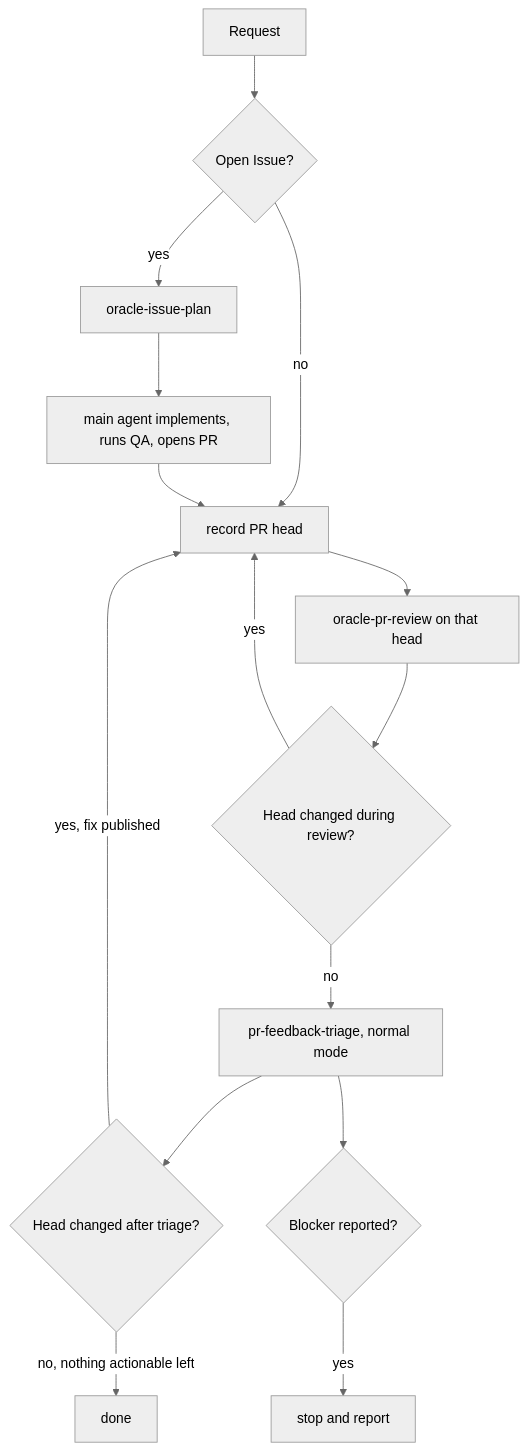
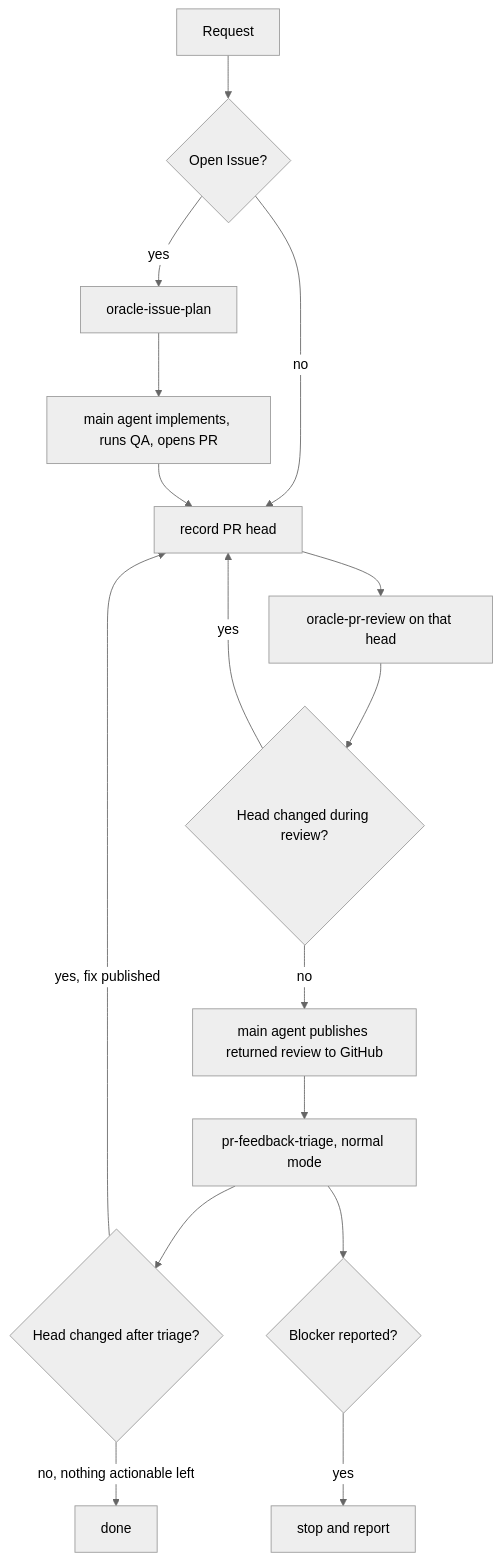
One commit to dceoy/oracle-pr-loop changed the diagram in skills/pr-review-loop/SKILL.md. Above: the diagram before and after it, drawn with Mermaid (neutral theme). The commit also changed other lines of this file, not shown here.

First line of the commit message:
Add explicit publication handoff before pr-feedback-triage

````diff
--- a/skills/pr-review-loop/SKILL.md
+++ b/skills/pr-review-loop/SKILL.md
@@ -66,16 +67,17 @@
 ```mermaid
 flowchart TD
   Request --> Issue{Open Issue?}
   Issue -->|yes| Plan[oracle-issue-plan] --> Implement[main agent implements, runs QA, opens PR]
   Issue -->|no| Head[record PR head]
   Implement --> Head
   Head --> Review[oracle-pr-review on that head]
   Review --> HeadMoved{Head changed during review?}
   HeadMoved -->|yes| Head
-  HeadMoved -->|no| Triage[pr-feedback-triage, normal mode]
+  HeadMoved -->|no| Publish[main agent publishes returned review to GitHub]
+  Publish --> Triage[pr-feedback-triage, normal mode]
   Triage --> HeadAfter{Head changed after triage?}
   HeadAfter -->|yes, fix published| Head
   HeadAfter -->|no, nothing actionable left| Done[done]
   Triage --> Blocker{Blocker reported?}
   Blocker -->|yes| Stop[stop and report]
 ```
````
